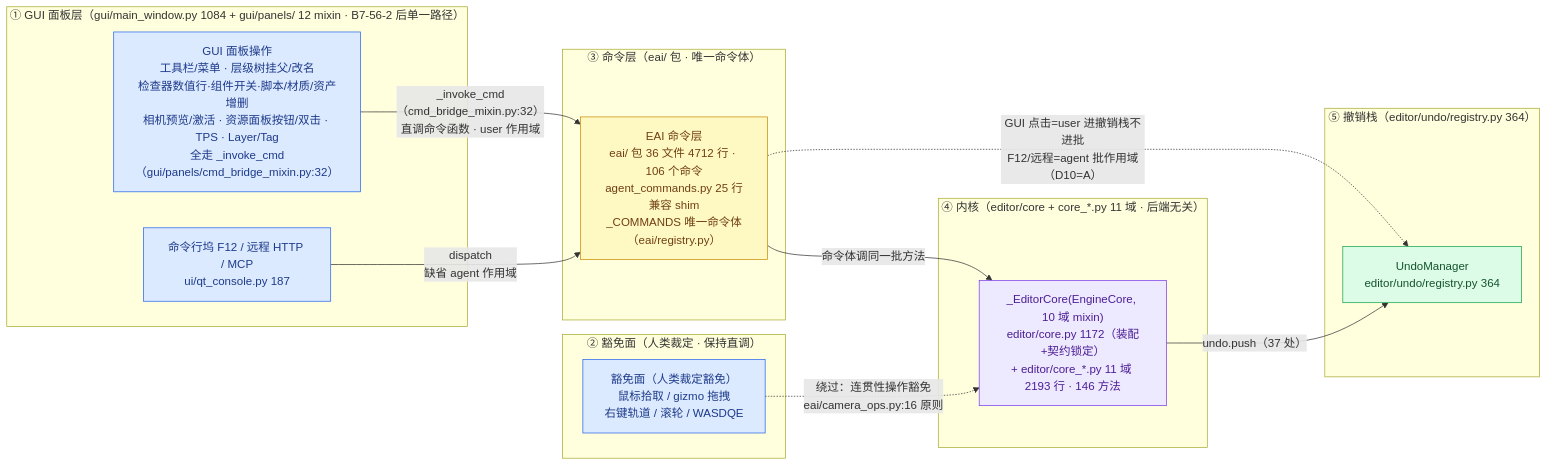
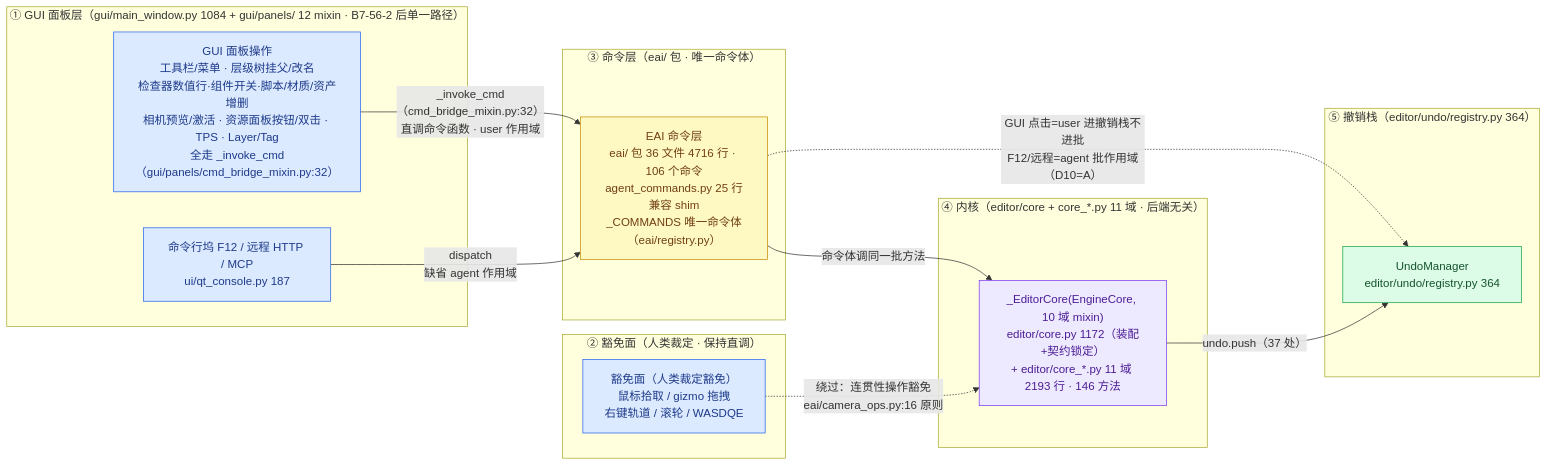
Diagram 17 of 23 in ARCHITECTURE.md (lhy302/WeaveEngine), drawn with Mermaid before and after one commit. The commit also changed other lines of this file, not shown here.

Commit message:
docs: ARCHITECTURE.md 台账同步到 HEAD 9441f6c（只读审核 17 处漂移全部更正 + 聚合收口 242→245 个 .py/67898 行 + 图19 收录 43 门 + 如实登记 mouse_lock ④ 间歇假红）

````diff
--- a/ARCHITECTURE.md
+++ b/ARCHITECTURE.md
@@ -1281,29 +1293,29 @@
 ```mermaid
 flowchart LR
   subgraph GUIP["① GUI 面板层（gui/main_window.py 1084 + gui/panels/ 12 mixin · B7-56-2 后单一路径）"]
     G1["GUI 面板操作<br/>工具栏/菜单 · 层级树挂父/改名<br/>检查器数值行·组件开关·脚本/材质/资产增删<br/>相机预览/激活 · 资源面板按钮/双击 · TPS · Layer/Tag<br/>全走 _invoke_cmd（gui/panels/cmd_bridge_mixin.py:32）"]:::gui
     G3["命令行坞 F12 / 远程 HTTP / MCP<br/>ui/qt_console.py 187"]:::gui
   end
   subgraph EXEMPT["② 豁免面（人类裁定 · 保持直调）"]
     G2["豁免面（人类裁定豁免）<br/>鼠标拾取 / gizmo 拖拽<br/>右键轨道 / 滚轮 / WASDQE"]:::gui
   end
   subgraph CMDDOM["③ 命令层（eai/ 包 · 唯一命令体）"]
-    E["EAI 命令层<br/>eai/ 包 36 文件 4712 行 · 106 个命令<br/>agent_commands.py 25 行兼容 shim<br/>_COMMANDS 唯一命令体（eai/registry.py）"]:::eai
+    E["EAI 命令层<br/>eai/ 包 36 文件 4716 行 · 106 个命令<br/>agent_commands.py 25 行兼容 shim<br/>_COMMANDS 唯一命令体（eai/registry.py）"]:::eai
   end
   subgraph KERN["④ 内核（editor/core + core_*.py 11 域 · 后端无关）"]
     A["_EditorCore(EngineCore, 10 域 mixin)<br/>editor/core.py 1172（装配+契约锁定）<br/>+ editor/core_*.py 11 域 2193 行 · 146 方法"]:::facade
   end
   subgraph UNDODOM["⑤ 撤销栈（editor/undo/registry.py 364）"]
     U["UndoManager<br/>editor/undo/registry.py 364"]:::undo
   end
   G1 -->|_invoke_cmd（cmd_bridge_mixin.py:32）<br/>直调命令函数 · user 作用域| E
   G3 -->|dispatch<br/>缺省 agent 作用域| E
   E -->|命令体调同一批方法| A
   G2 -.->|绕过：连贯性操作豁免<br/>eai/camera_ops.py:16 原则| A
   A -->|undo.push（37 处）| U
   E -.->|GUI 点击=user 进撤销栈不进批<br/>F12/远程=agent 批作用域（D10=A）| U
   classDef gui fill:#dbeafe,stroke:#2563eb,color:#1e3a8a
   classDef eai fill:#fef9c3,stroke:#ca8a04,color:#713f12
   classDef facade fill:#ede9fe,stroke:#7c3aed,color:#4c1d95
   classDef undo fill:#dcfce7,stroke:#16a34a,color:#14532d
 ```
````
